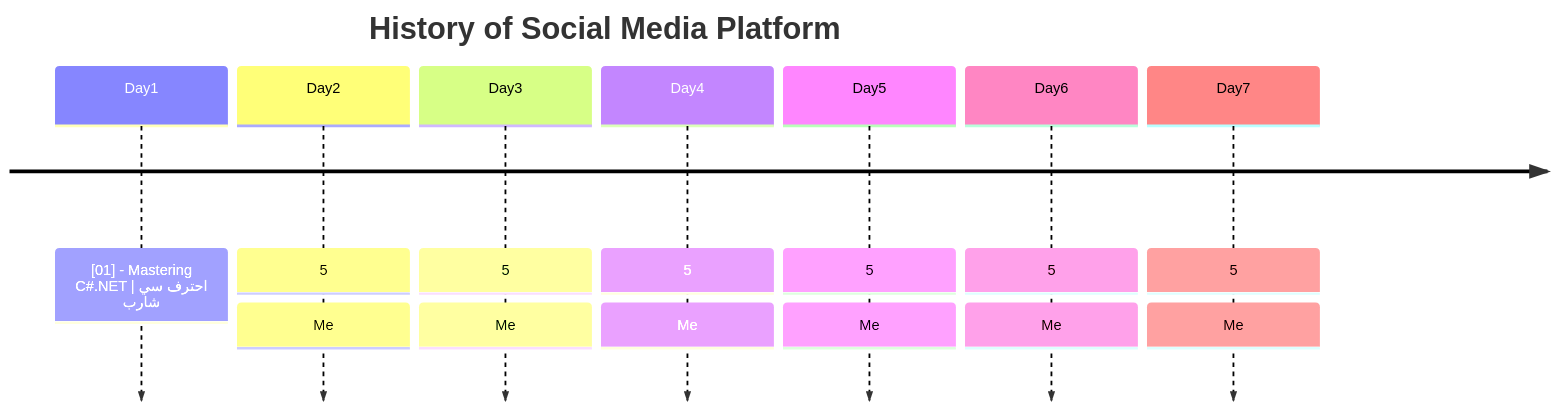
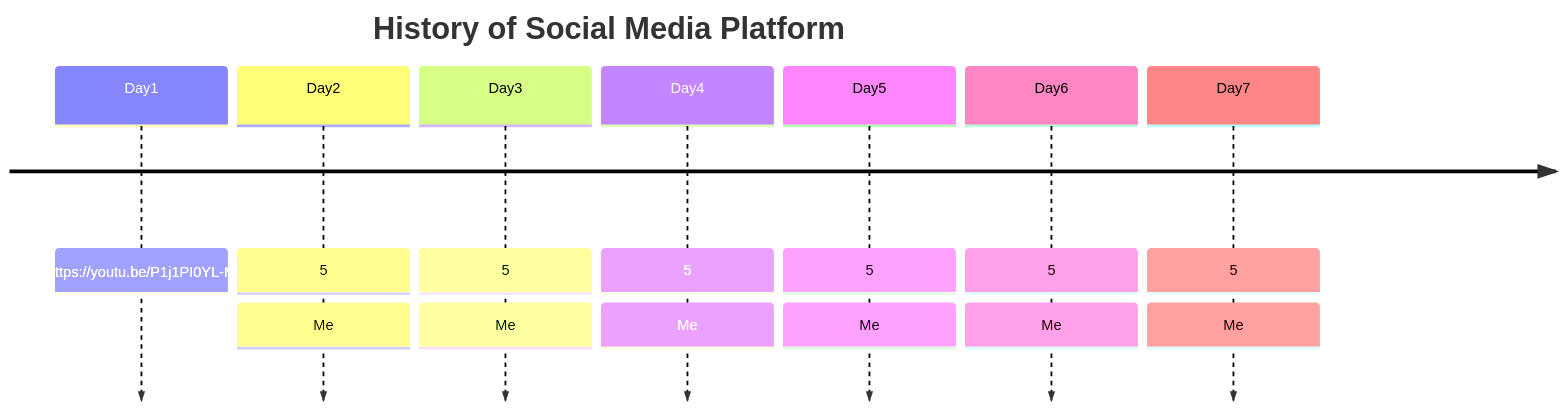
Before and after one commit to metigator/Roadmap: the first of 3 diagrams in README.md, drawn with Mermaid.

````diff
--- a/README.md
+++ b/README.md
@@ -1,11 +1,11 @@
 ```mermaid
 timeline
     title History of Social Media Platform
-     Day1 : [01] - Mastering C#.NET  |  احترف سي شارب
+     Day1 : https://youtu.be/P1j1PI0YL-M
      Day2 : 5: Me
      Day3 : 5: Me 
      Day4 : 5: Me
      Day5 : 5: Me
      Day6 : 5: Me
      Day7 : 5: Me
 ```
````
